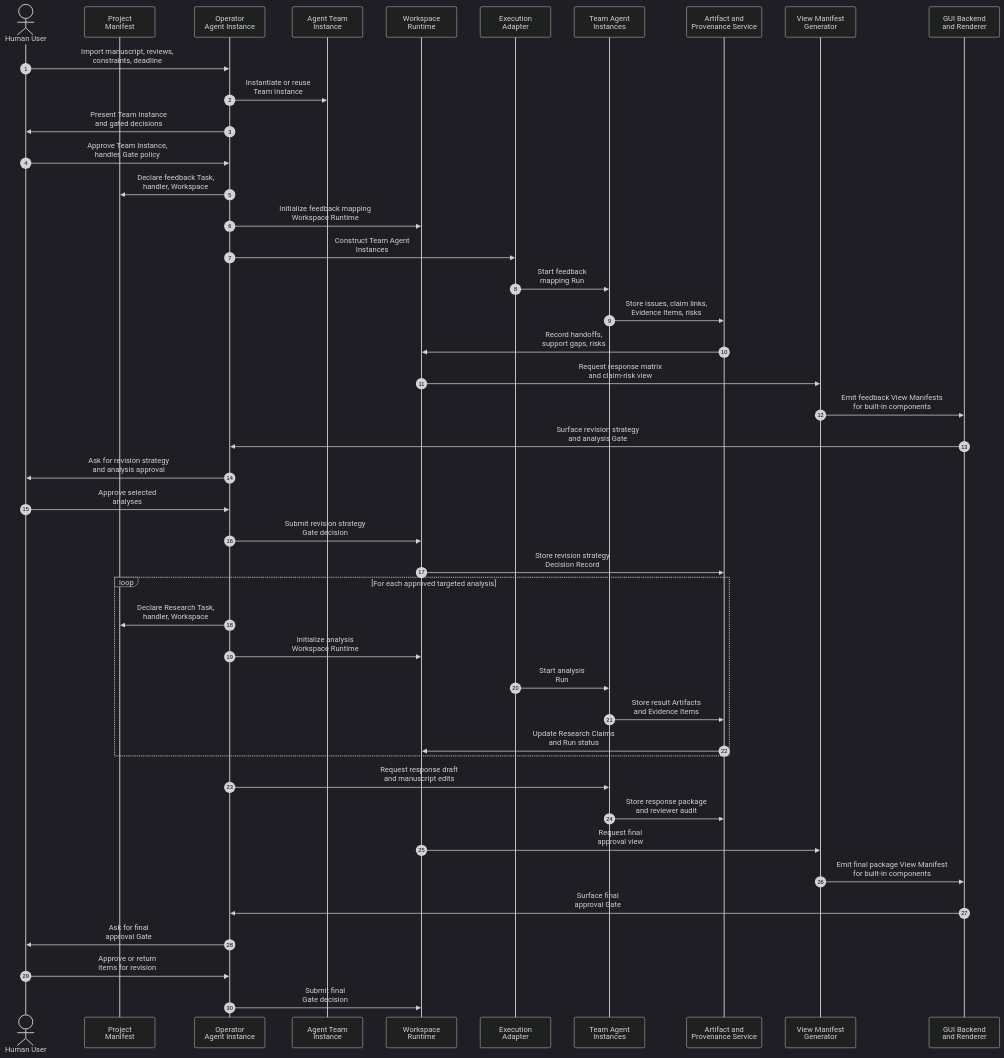
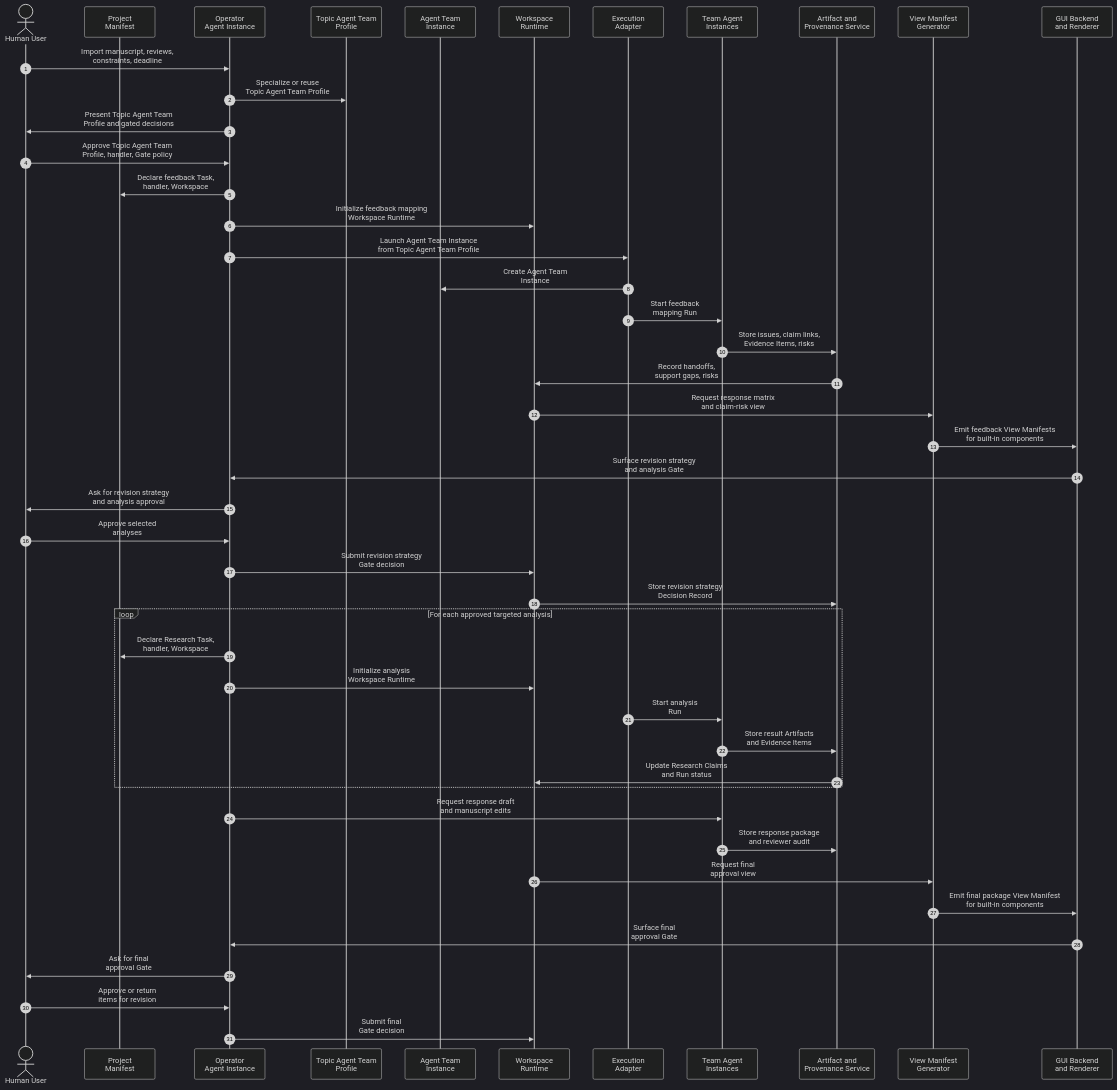
The second of 2 diagrams in .imsight-arts/project-explore/use-cases/uc-03-plan-and-execute-paper-revision.md (CodeGandee/isomer-labs), drawn with Mermaid (dark theme) before and after one commit. The commit also changed other lines of this file and 12 other files, not shown here.

Commit message:
docs: define domain topic team lifecycle

````diff
--- a/.imsight-arts/project-explore/use-cases/uc-03-plan-and-execute-paper-revision.md
+++ b/.imsight-arts/project-explore/use-cases/uc-03-plan-and-execute-paper-revision.md
@@ -94,47 +94,49 @@
 ```mermaid
 sequenceDiagram
   autonumber
   actor User as Human User
   participant PM as Project<br/>Manifest
   participant Operator as Operator<br/>Agent Instance
+  participant Profile as Topic Agent Team<br/>Profile
   participant Team as Agent Team<br/>Instance
   participant Runtime as Workspace<br/>Runtime
   participant Adapter as Execution<br/>Adapter
   participant Agents as Team Agent<br/>Instances
   participant Provenance as Artifact and<br/>Provenance Service
   participant Views as View Manifest<br/>Generator
   participant GUI as GUI Backend<br/>and Renderer
 
   User->>Operator: Import manuscript, reviews,<br/>constraints, deadline
-  Operator->>Team: Instantiate or reuse<br/>Team Instance
-  Operator->>User: Present Team Instance<br/>and gated decisions
-  User->>Operator: Approve Team Instance,<br/>handler, Gate policy
+  Operator->>Profile: Specialize or reuse<br/>Topic Agent Team Profile
+  Operator->>User: Present Topic Agent Team<br/>Profile and gated decisions
+  User->>Operator: Approve Topic Agent Team<br/>Profile, handler, Gate policy
   Operator->>PM: Declare feedback Task,<br/>handler, Workspace
   Operator->>Runtime: Initialize feedback mapping<br/>Workspace Runtime
-  Operator->>Adapter: Construct Team Agent<br/>Instances
+  Operator->>Adapter: Launch Agent Team Instance<br/>from Topic Agent Team Profile
+  Adapter->>Team: Create Agent Team<br/>Instance
   Adapter->>Agents: Start feedback<br/>mapping Run
   Agents->>Provenance: Store issues, claim links,<br/>Evidence Items, risks
   Provenance->>Runtime: Record handoffs,<br/>support gaps, risks
   Runtime->>Views: Request response matrix<br/>and claim-risk view
   Views->>GUI: Emit feedback View Manifests<br/>for built-in components
   GUI->>Operator: Surface revision strategy<br/>and analysis Gate
   Operator->>User: Ask for revision strategy<br/>and analysis approval
   User->>Operator: Approve selected<br/>analyses
   Operator->>Runtime: Submit revision strategy<br/>Gate decision
   Runtime->>Provenance: Store revision strategy<br/>Decision Record
   loop For each approved targeted analysis
     Operator->>PM: Declare Research Task,<br/>handler, Workspace
     Operator->>Runtime: Initialize analysis<br/>Workspace Runtime
     Adapter->>Agents: Start analysis<br/>Run
     Agents->>Provenance: Store result Artifacts<br/>and Evidence Items
     Provenance->>Runtime: Update Research Claims<br/>and Run status
   end
   Operator->>Agents: Request response draft<br/>and manuscript edits
   Agents->>Provenance: Store response package<br/>and reviewer audit
   Runtime->>Views: Request final<br/>approval view
   Views->>GUI: Emit final package View Manifest<br/>for built-in components
   GUI->>Operator: Surface final<br/>approval Gate
   Operator->>User: Ask for final<br/>approval Gate
   User->>Operator: Approve or return<br/>items for revision
   Operator->>Runtime: Submit final<br/>Gate decision
 ```
````
